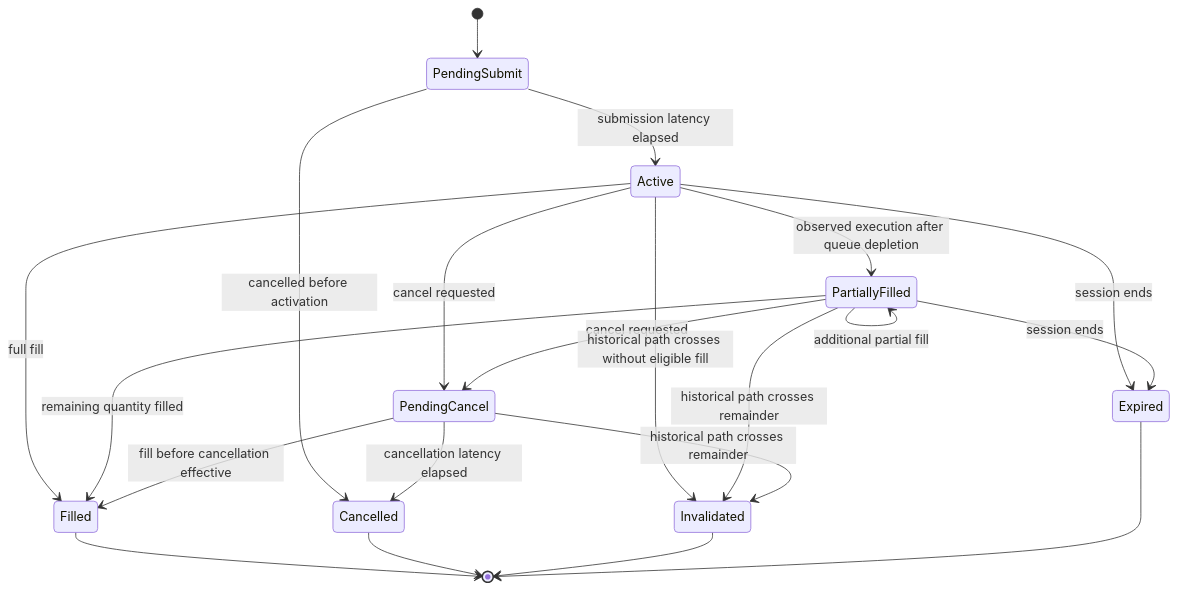
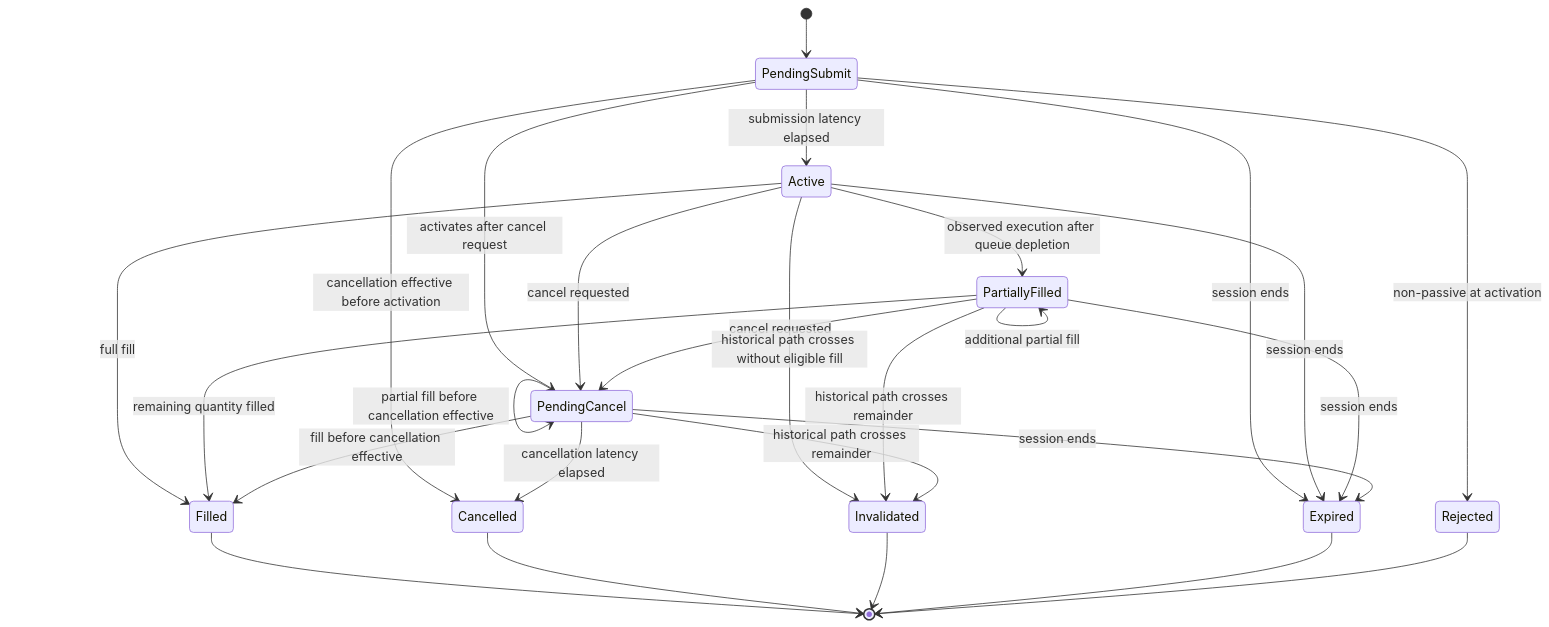
The fourth of 4 diagrams in docs/02-user-flows.md (Jenson7987/ITCH-Lab), drawn with Mermaid before and after one commit. The commit also changed other lines of this file and 14 other files, not shown here.

````diff
--- a/docs/02-user-flows.md
+++ b/docs/02-user-flows.md
@@ -226,23 +226,29 @@
 ```mermaid
 stateDiagram-v2
     [*] --> PendingSubmit
     PendingSubmit --> Active: submission latency elapsed
-    PendingSubmit --> Cancelled: cancelled before activation
+    PendingSubmit --> PendingCancel: activates after cancel request
+    PendingSubmit --> Cancelled: cancellation effective before activation
+    PendingSubmit --> Rejected: non-passive at activation
+    PendingSubmit --> Expired: session ends
     Active --> PartiallyFilled: observed execution after queue depletion
     PartiallyFilled --> PartiallyFilled: additional partial fill
     Active --> Filled: full fill
     PartiallyFilled --> Filled: remaining quantity filled
     Active --> PendingCancel: cancel requested
     PartiallyFilled --> PendingCancel: cancel requested
     PendingCancel --> Cancelled: cancellation latency elapsed
+    PendingCancel --> PendingCancel: partial fill before cancellation effective
     PendingCancel --> Filled: fill before cancellation effective
     Active --> Invalidated: historical path crosses without eligible fill
     PartiallyFilled --> Invalidated: historical path crosses remainder
     PendingCancel --> Invalidated: historical path crosses remainder
     Active --> Expired: session ends
     PartiallyFilled --> Expired: session ends
+    PendingCancel --> Expired: session ends
     Filled --> [*]
     Cancelled --> [*]
     Invalidated --> [*]
     Expired --> [*]
+    Rejected --> [*]
 ```
````
